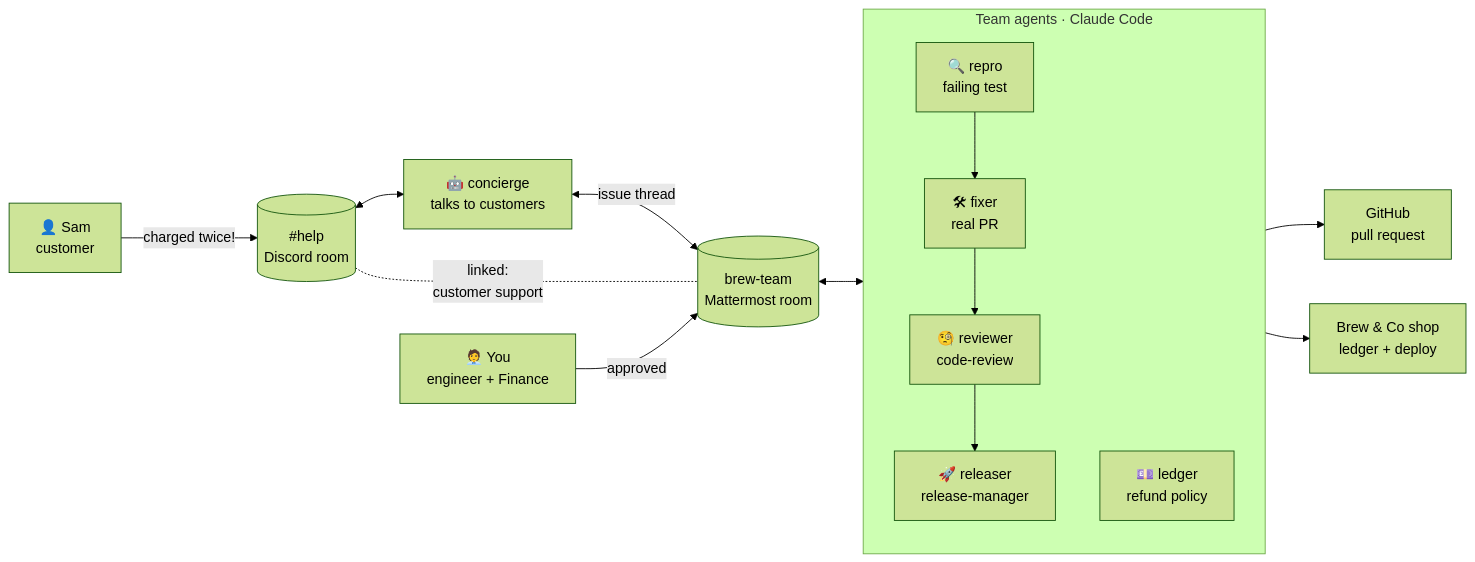
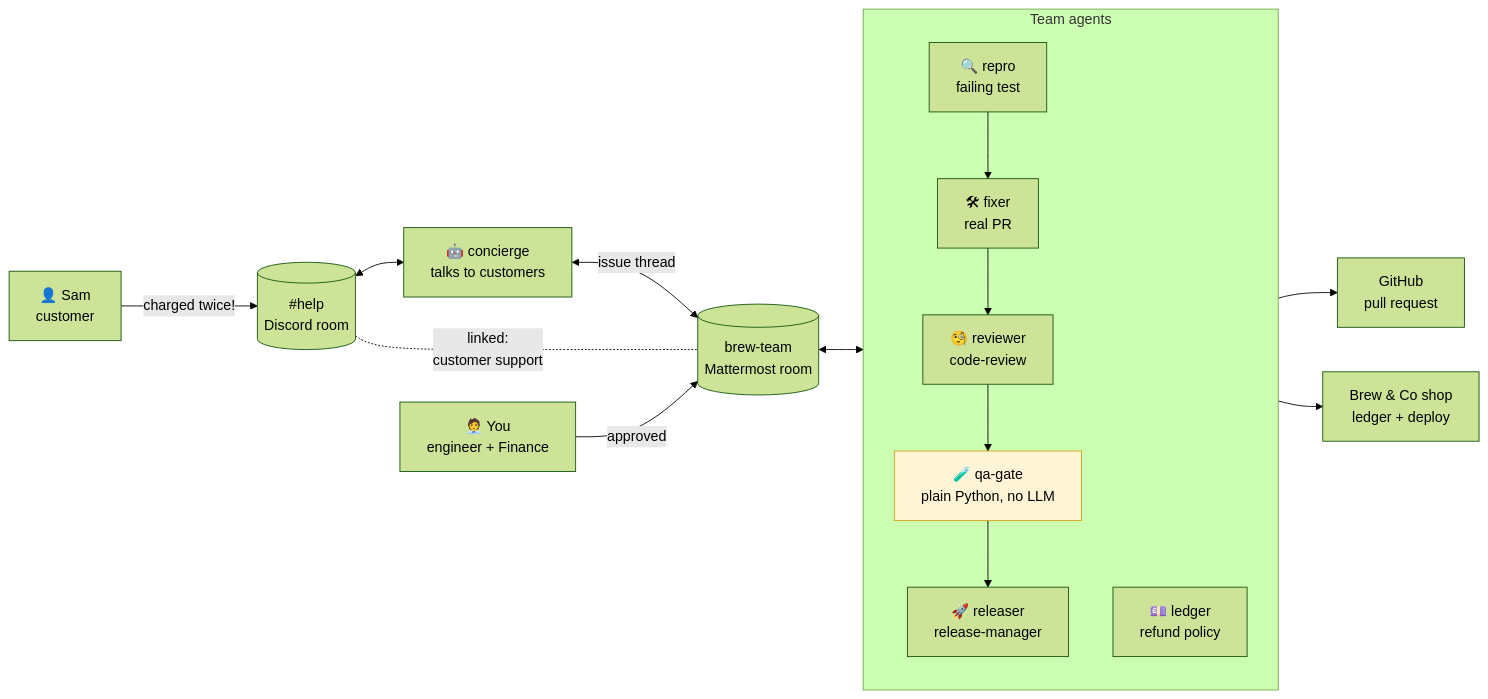
Before and after one commit to meetbhorania/full-circle: the diagram in README.md, drawn with Mermaid (forest theme). The commit also changed other lines of this file and 10 other files, not shown here.

Commit message:
feat: qa-gate, a plain-Python agent on the Switch protocol

````diff
--- a/README.md
+++ b/README.md
@@ -54,16 +56,18 @@
 ```mermaid
 flowchart LR
   sam["👤 Sam<br/>customer"] -->|"charged twice!"| help[("#help<br/>Discord room")]
   help <--> concierge["🤖 concierge<br/>talks to customers"]
   concierge <-->|"issue thread"| team[("brew-team<br/>Mattermost room")]
   help -.-|"linked:<br/>customer support"| team
   team <--> crew
-  subgraph crew["Team agents · Claude Code"]
+  subgraph crew["Team agents"]
     direction TB
-    repro["🔍 repro<br/>failing test"] --> fixer["🛠 fixer<br/>real PR"] --> reviewer["🧐 reviewer<br/>code-review"] --> releaser["🚀 releaser<br/>release-manager"]
+    repro["🔍 repro<br/>failing test"] --> fixer["🛠 fixer<br/>real PR"] --> reviewer["🧐 reviewer<br/>code-review"] --> qa["🧪 qa-gate<br/>plain Python, no LLM"] --> releaser["🚀 releaser<br/>release-manager"]
     ledger["💷 ledger<br/>refund policy"]
   end
   you["🧑‍💼 You<br/>engineer + Finance"] -->|"approved"| team
   crew --> gh["GitHub<br/>pull request"]
   crew --> shop["Brew & Co shop<br/>ledger + deploy"]
+  classDef py fill:#fff4d6,stroke:#d4a017
+  class qa py
 ```
````
